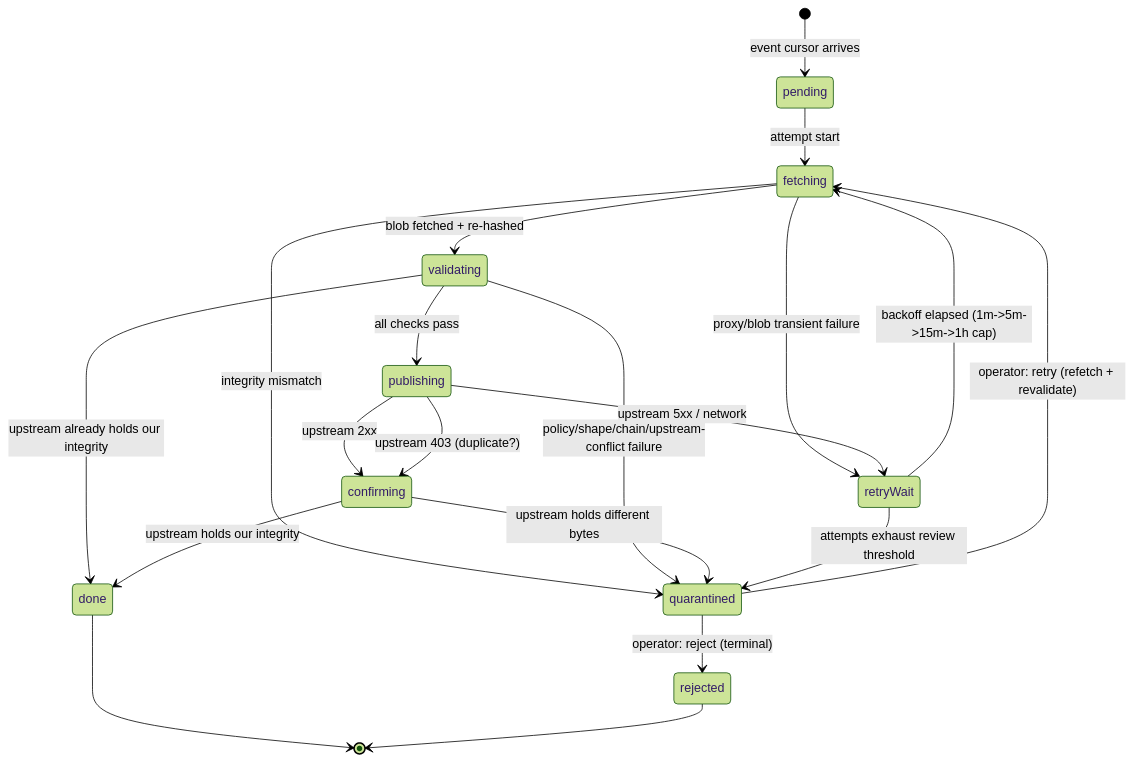
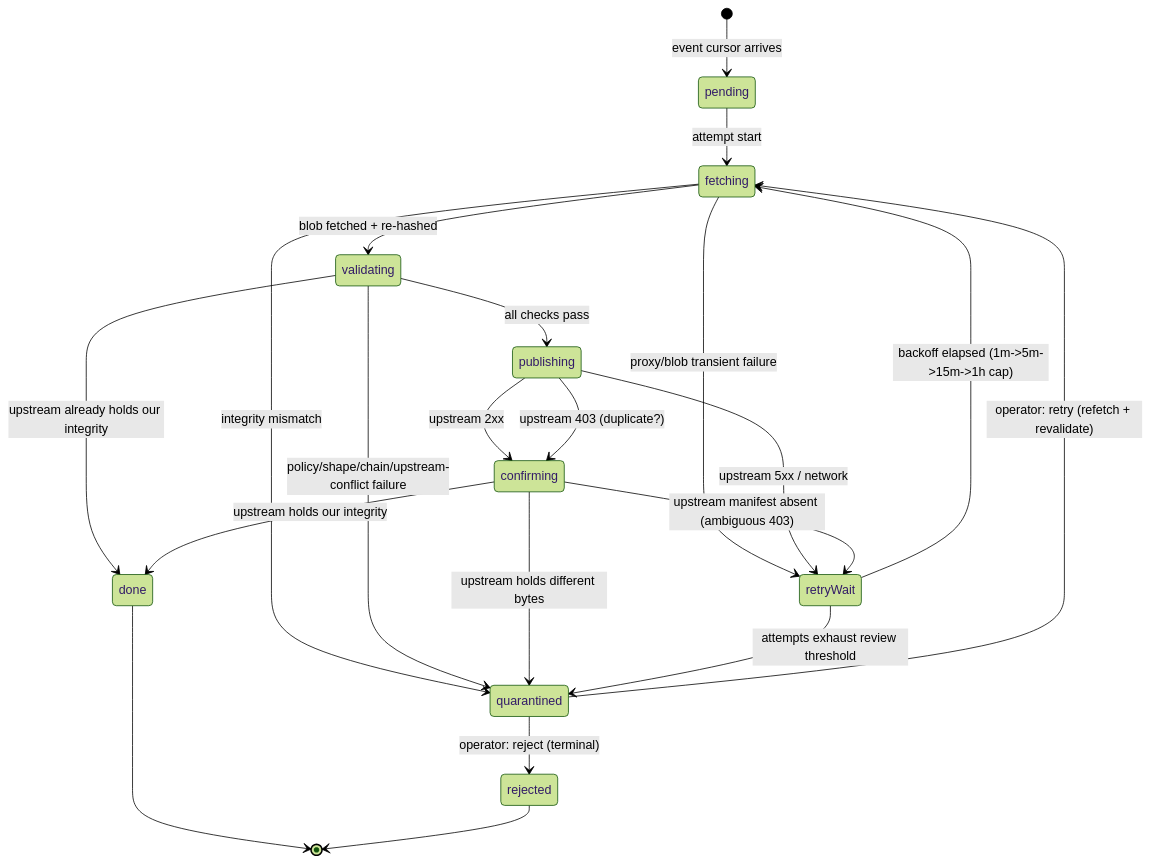
One commit to endojs/endo-but-for-bots changed the second of 2 diagrams in designs/npm-dev-publisher-attenuation.md. Above: the diagram before and after it, drawn with Mermaid (forest theme). The commit also changed other lines of this file and 1 other file, not shown here.

````diff
--- a/designs/npm-dev-publisher-attenuation.md
+++ b/designs/npm-dev-publisher-attenuation.md
@@ -740,22 +784,23 @@
 ```mermaid
 stateDiagram-v2
     [*] --> pending : event cursor arrives
     pending --> fetching : attempt start
     fetching --> validating : blob fetched + re-hashed
     fetching --> retryWait : proxy/blob transient failure
     fetching --> quarantined : integrity mismatch
     validating --> publishing : all checks pass
     validating --> done : upstream already holds our integrity
     validating --> quarantined : policy/shape/chain/upstream-conflict failure
     publishing --> confirming : upstream 2xx
     publishing --> confirming : upstream 403 (duplicate?)
     publishing --> retryWait : upstream 5xx / network
     confirming --> done : upstream holds our integrity
     confirming --> quarantined : upstream holds different bytes
+    confirming --> retryWait : upstream manifest absent (ambiguous 403)
     retryWait --> fetching : backoff elapsed (1m->5m->15m->1h cap)
     retryWait --> quarantined : attempts exhaust review threshold
     quarantined --> fetching : operator: retry (refetch + revalidate)
     quarantined --> rejected : operator: reject (terminal)
     done --> [*]
     rejected --> [*]
 ```
````
